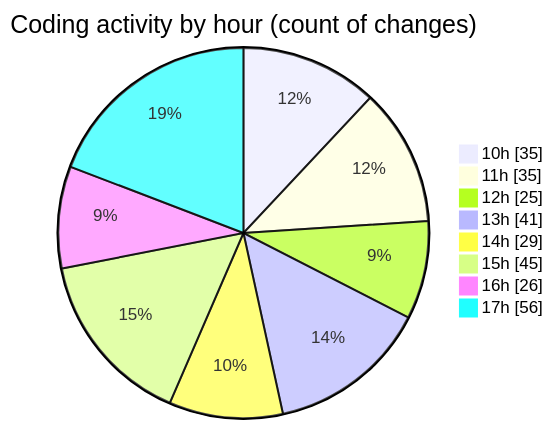
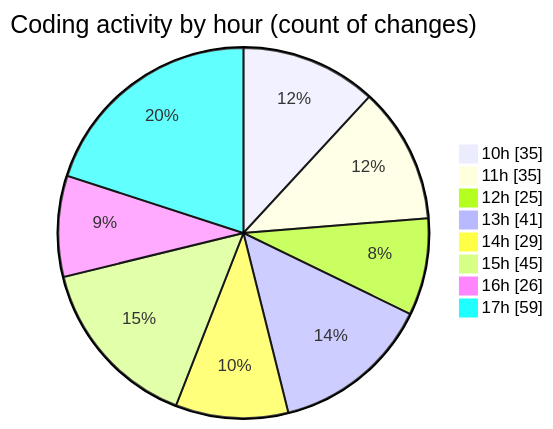
One commit to momahboobian/code-tracking changed the second of 2 diagrams in 2025-03-26/cda/README.md. Above: the diagram before and after it, drawn with Mermaid. The commit also changed other lines of this file and 1 other file, not shown here.

````diff
--- a/2025-03-26/cda/README.md
+++ b/2025-03-26/cda/README.md
@@ -55,12 +55,12 @@
 ```mermaid
 pie showData
 title Coding activity by hour (count of changes)
 "10h" : 35
 "11h" : 35
 "12h" : 25
 "13h" : 41
 "14h" : 29
 "15h" : 45
 "16h" : 26
-"17h" : 56
+"17h" : 59
 ```
````
